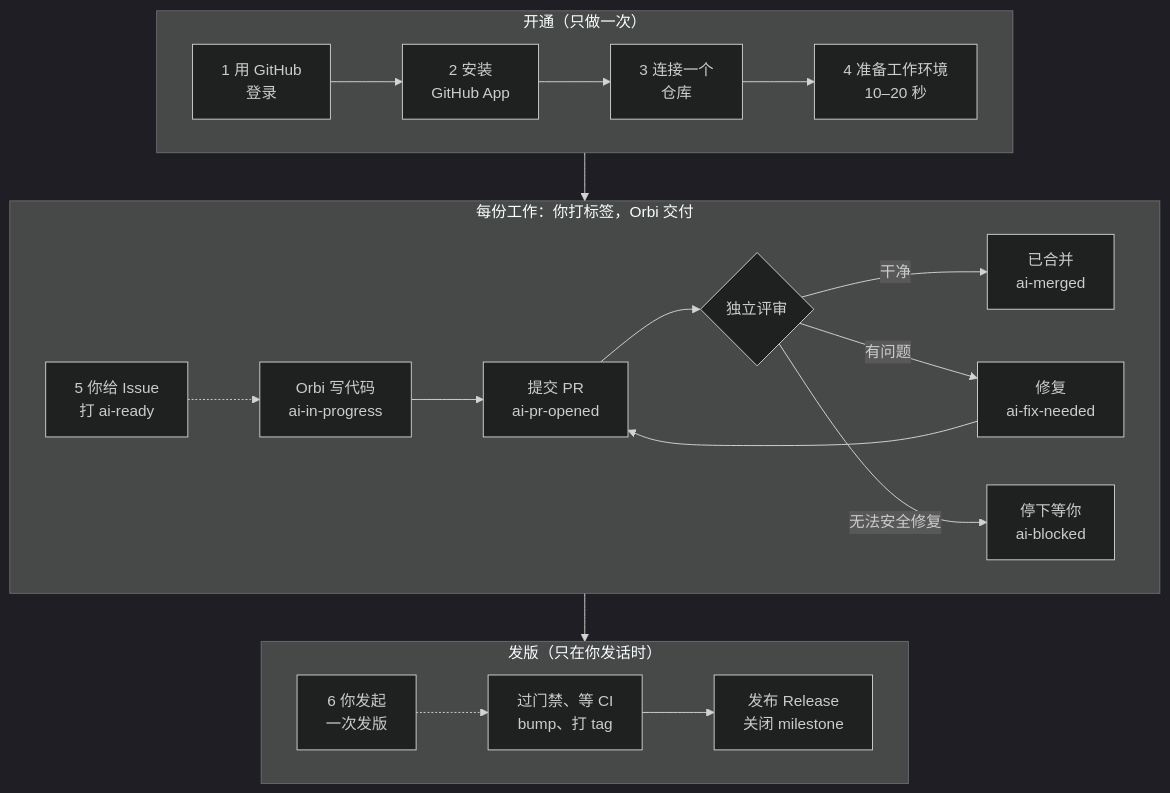
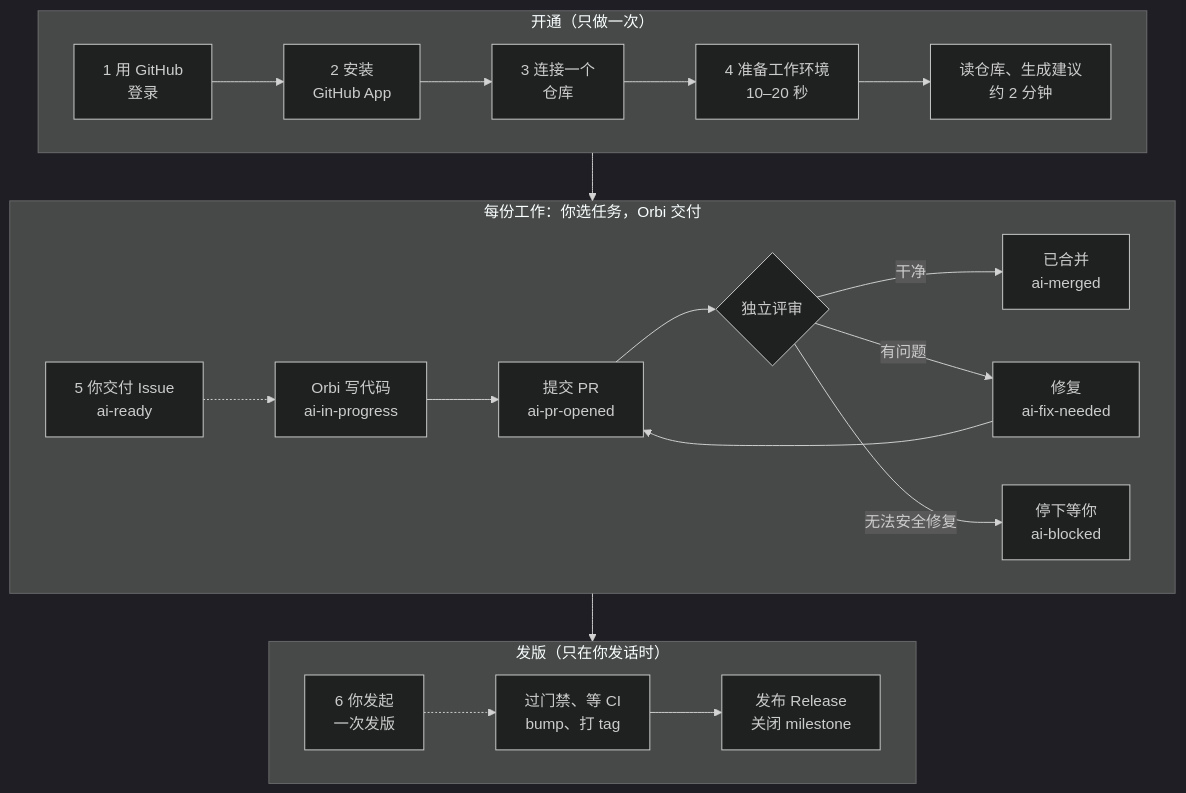
Before and after one commit to orbi-build/orbi-cloud-docs: the first of 2 diagrams in zh/index.mdx, drawn with Mermaid (dark theme). The commit also changed other lines of this file and 72 other files, not shown here.

First line of the commit message:
docs: sync current product flows and bilingual screenshots (#11)

````diff
--- a/zh/index.mdx
+++ b/zh/index.mdx
@@ -17,22 +17,22 @@
 ```mermaid
 flowchart TD
   subgraph setup["开通（只做一次）"]
     direction LR
-    s1["1 用 GitHub<br/>登录"] --> s2["2 安装<br/>GitHub App"] --> s3["3 连接一个<br/>仓库"] --> s4["4 准备工作环境<br/>10–20 秒"]
+    s1["1 用 GitHub<br/>登录"] --> s2["2 安装<br/>GitHub App"] --> s3["3 连接一个<br/>仓库"] --> s4["4 准备工作环境<br/>10–20 秒"] --> s5["读仓库、生成建议<br/>约 2 分钟"]
   end
 
-  subgraph work["每份工作：你打标签，Orbi 交付"]
+  subgraph work["每份工作：你选任务，Orbi 交付"]
     direction LR
-    w1["5 你给 Issue<br/>打 ai-ready"] -.-> w2["Orbi 写代码<br/>ai-in-progress"] --> w3["提交 PR<br/>ai-pr-opened"] --> w4{"独立评审"}
+    w1["5 你交付 Issue<br/>ai-ready"] -.-> w2["Orbi 写代码<br/>ai-in-progress"] --> w3["提交 PR<br/>ai-pr-opened"] --> w4{"独立评审"}
     w4 -->|干净| w5["已合并<br/>ai-merged"]
     w4 -->|有问题| w6["修复<br/>ai-fix-needed"] --> w3
     w4 -->|无法安全修复| w7["停下等你<br/>ai-blocked"]
   end
 
   subgraph rel["发版（只在你发话时）"]
     direction LR
     r1["6 你发起<br/>一次发版"] -.-> r2["过门禁、等 CI<br/>bump、打 tag"] --> r3["发布 Release<br/>关闭 milestone"]
   end
 
   setup --> work --> rel
 ```
````
